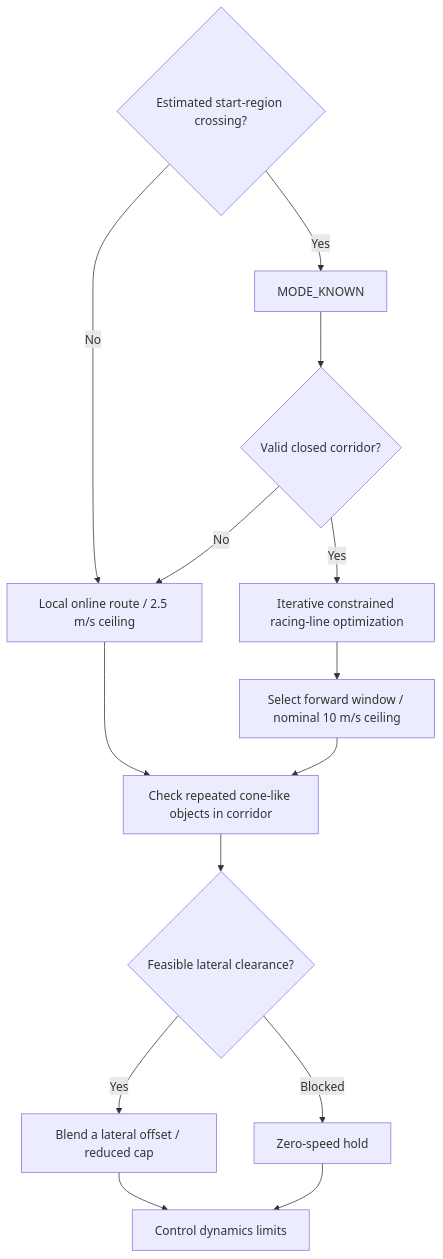
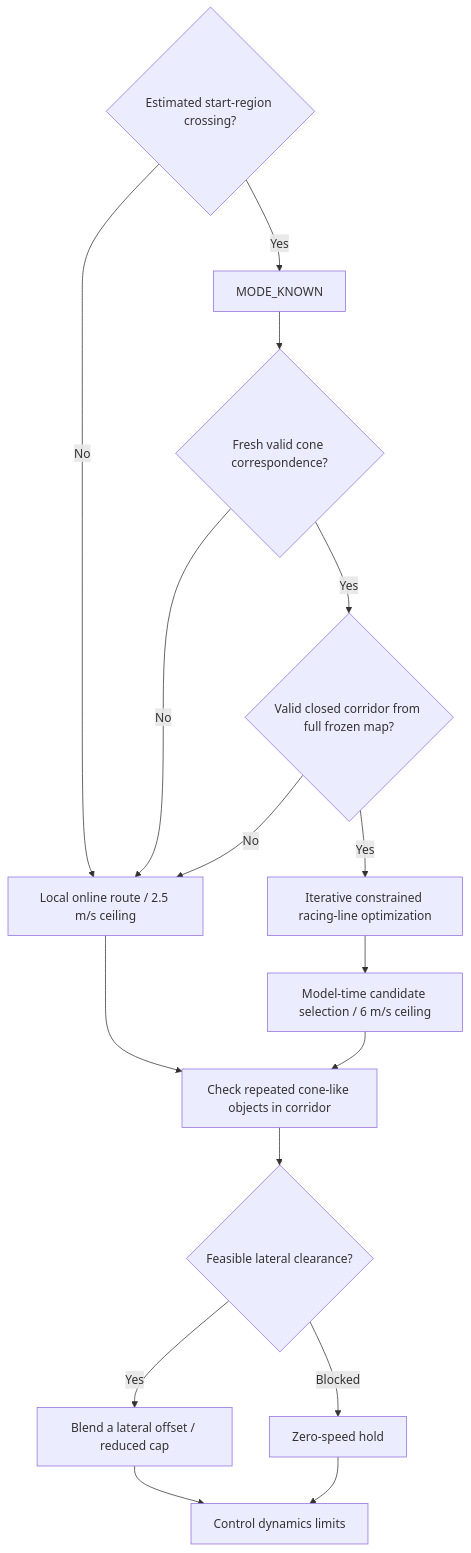
Before and after one commit to coder-crypt0/fsd-race: the sixth of 8 diagrams in docs/research/algorithms.md, drawn with Mermaid. The commit also changed other lines of this file and 8 other files, not shown here.

Commit message:
docs: document map reuse architecture and failed simulator trials

````diff
--- a/docs/research/algorithms.md
+++ b/docs/research/algorithms.md
@@ -203,17 +206,19 @@
 ```mermaid
 flowchart TB
     MODE{"Estimated start-region crossing?"}
     MODE -->|"No"| LOCAL["Local online route / 2.5 m/s ceiling"]
     MODE -->|"Yes"| KNOWN["MODE_KNOWN"]
-    KNOWN --> LOOP{"Valid closed corridor?"}
+    KNOWN --> LOC{"Fresh valid cone correspondence?"}
+    LOC -->|"No"| LOCAL
+    LOC -->|"Yes"| LOOP{"Valid closed corridor from full frozen map?"}
     LOOP -->|"No"| LOCAL
     LOOP -->|"Yes"| OPT["Iterative constrained racing-line optimization"]
-    OPT --> WINDOW["Select forward window / nominal 10 m/s ceiling"]
+    OPT --> WINDOW["Model-time candidate selection / 6 m/s ceiling"]
     LOCAL --> OBJ["Check repeated cone-like objects in corridor"]
     WINDOW --> OBJ
     OBJ --> GAP{"Feasible lateral clearance?"}
     GAP -->|"Yes"| AVOID["Blend a lateral offset / reduced cap"]
     GAP -->|"Blocked"| HOLD["Zero-speed hold"]
     AVOID --> CONTROL["Control dynamics limits"]
     HOLD --> CONTROL
 ```
````
